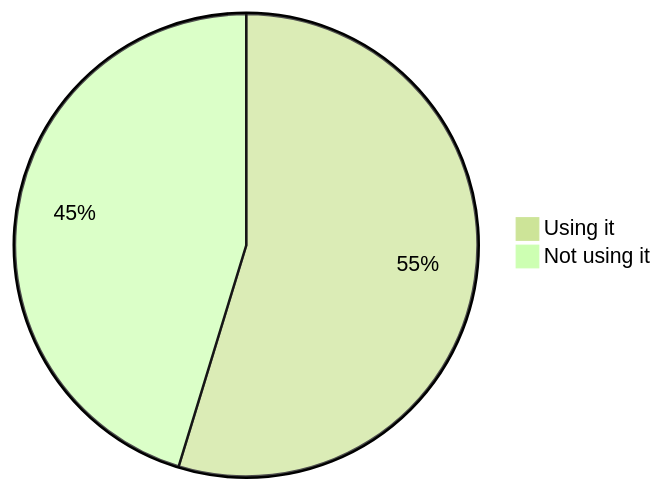
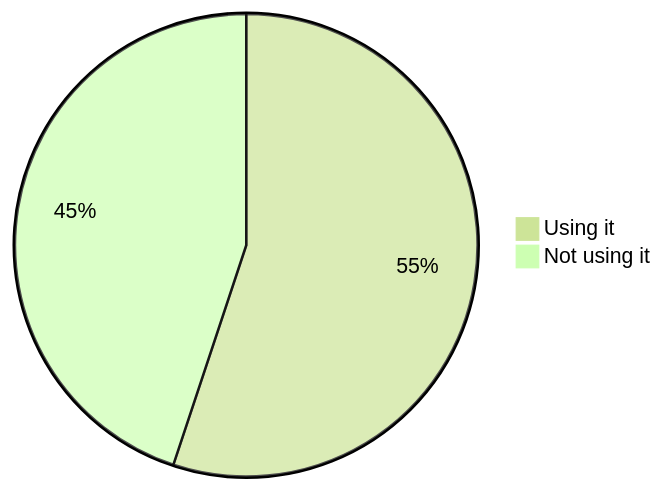
One commit to oshp/oshp-stats changed the second of 22 diagrams in stats.md. Above: the diagram before and after it, drawn with Mermaid (forest theme). The commit also changed other lines of this file, not shown here.

````diff
--- a/stats.md
+++ b/stats.md
@@ -22,6 +22,6 @@
 ```mermaid
 pie
-	"Using it" : 54.72
-	"Not using it" : 45.28
+	"Using it" : 55.1
+	"Not using it" : 44.9
 
 ```
````
